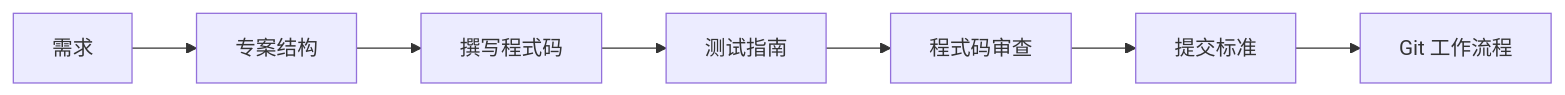
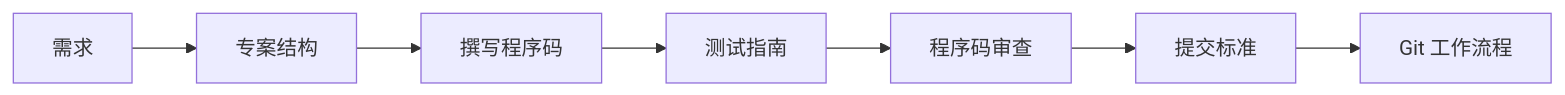
Before and after one commit to AsiaOstrich/universal-dev-standards: the first of 3 diagrams in locales/zh-CN/skills/INTEGRATION-GUIDE.md, drawn with Mermaid. The commit also changed other lines of this file and 131 other files, not shown here.

````diff
--- a/locales/zh-CN/skills/INTEGRATION-GUIDE.md
+++ b/locales/zh-CN/skills/INTEGRATION-GUIDE.md
@@ -40,9 +40,9 @@
 ```mermaid
 graph LR
     A[需求] --> B[专案结构]
-    B --> C[撰写程式码]
+    B --> C[撰写程序码]
     C --> D[测试指南]
-    D --> E[程式码审查]
+    D --> E[程序码审查]
     E --> F[提交标准]
     F --> G[Git 工作流程]
 ```
````
